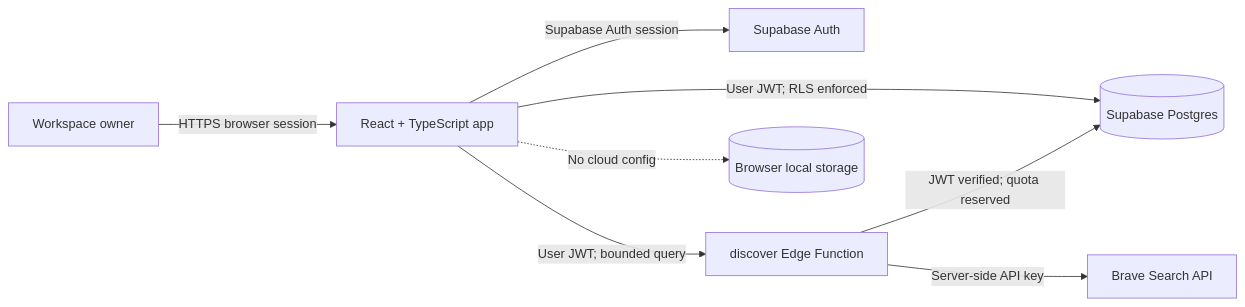
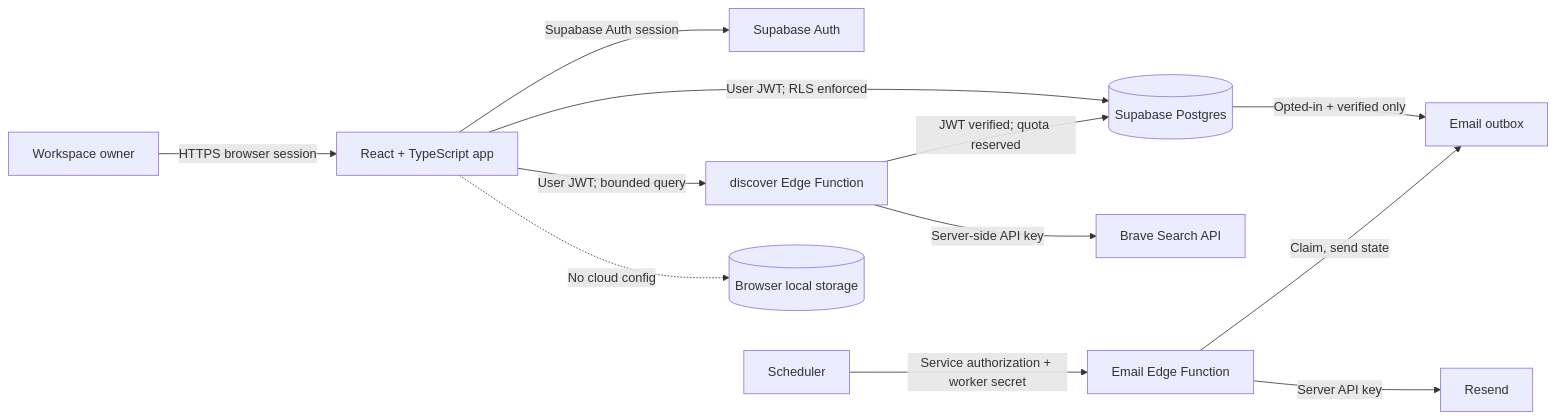
The first of 2 diagrams in DOCS/ARCHITECTURE.md (Osereme77/Prospect-ai), drawn with Mermaid before and after one commit. The commit also changed other lines of this file and 21 other files, not shown here.

Commit message:
Add opt-in transactional email outbox

````diff
--- a/DOCS/ARCHITECTURE.md
+++ b/DOCS/ARCHITECTURE.md
@@ -7,10 +7,14 @@
 ```mermaid
 flowchart LR
   Person[Workspace owner] -->|HTTPS browser session| Web[React + TypeScript app]
   Web -->|Supabase Auth session| Auth[Supabase Auth]
   Web -->|User JWT; RLS enforced| DB[(Supabase Postgres)]
   Web -->|User JWT; bounded query| Edge[discover Edge Function]
   Edge -->|JWT verified; quota reserved| DB
   Edge -->|Server-side API key| Search[Brave Search API]
+  DB -->|Opted-in + verified only| Outbox[Email outbox]
+  Scheduler -->|Service authorization + worker secret| Worker[Email Edge Function]
+  Worker -->|Claim, send state| Outbox
+  Worker -->|Server API key| Resend[Resend]
   Web -.->|No cloud config| Local[(Browser local storage)]
 ```
````
